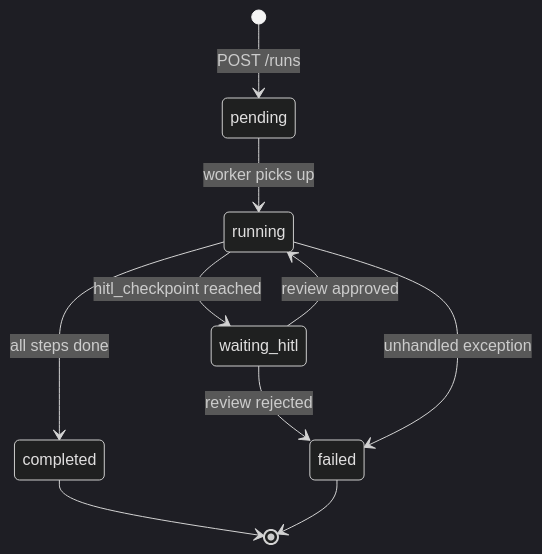
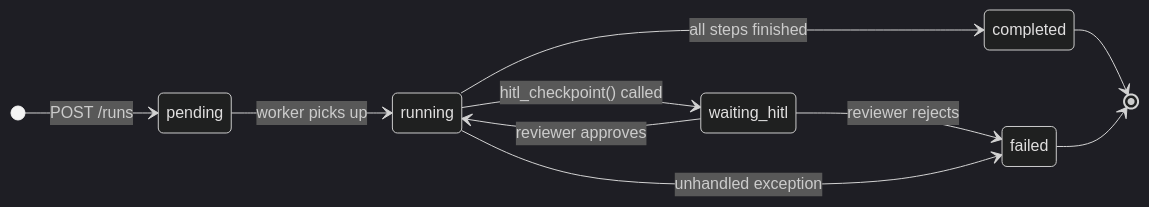
Before and after one commit to iagop03/antcrew-docs: the first of 2 diagrams in docs/architecture/data-flow.md, drawn with Mermaid (dark theme). The commit also changed other lines of this file and 7 other files, not shown here.

````diff
--- a/docs/architecture/data-flow.md
+++ b/docs/architecture/data-flow.md
@@ -5,12 +7,13 @@
 ```mermaid
 stateDiagram-v2
-    [*] --> pending: POST /runs
-    pending --> running: worker picks up
-    running --> waiting_hitl: hitl_checkpoint reached
-    waiting_hitl --> running: review approved
-    waiting_hitl --> failed: review rejected
-    running --> completed: all steps done
-    running --> failed: unhandled exception
+    direction LR
+    [*] --> pending : POST /runs
+    pending --> running : worker picks up
+    running --> waiting_hitl : hitl_checkpoint() called
+    waiting_hitl --> running : reviewer approves
+    waiting_hitl --> failed : reviewer rejects
+    running --> completed : all steps finished
+    running --> failed : unhandled exception
     completed --> [*]
     failed --> [*]
 ```
````
